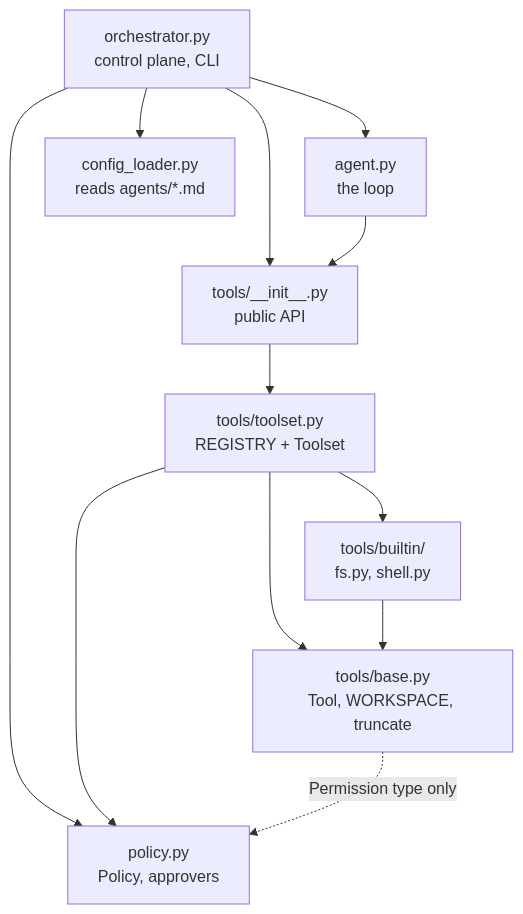
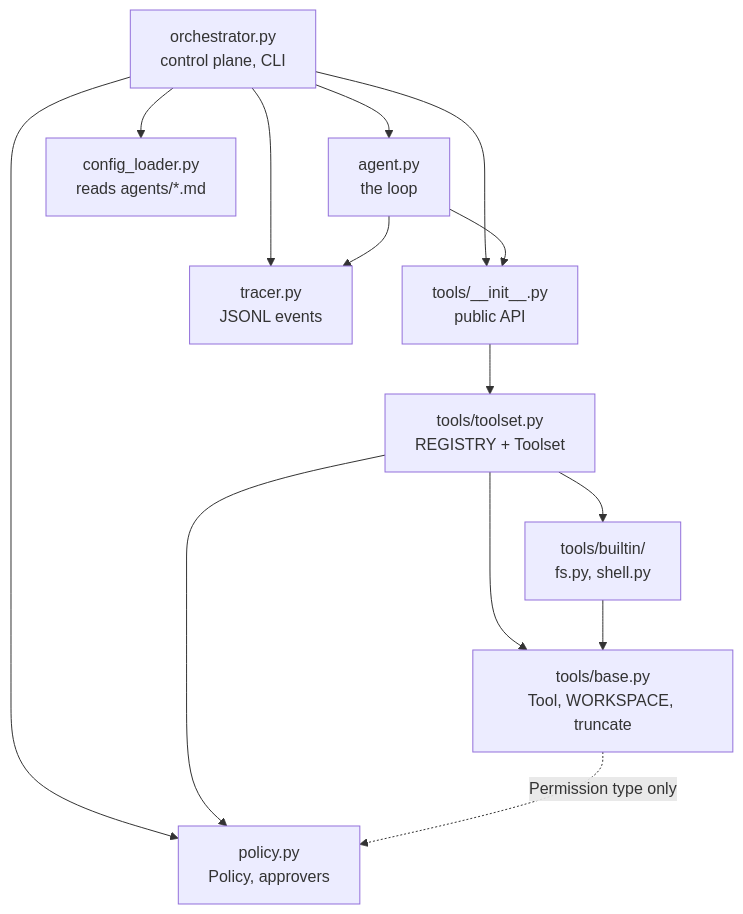
The fourth of 4 diagrams in visual_representation.md (adgnvtefc/agentic-harness), drawn with Mermaid before and after one commit. The commit also changed other lines of this file and 9 other files, not shown here.

````diff
--- a/visual_representation.md
+++ b/visual_representation.md
@@ -176,14 +215,16 @@
 ```mermaid
 flowchart TD
     orch["orchestrator.py<br/>control plane, CLI"] --> agent["agent.py<br/>the loop"]
     orch --> loader["config_loader.py<br/>reads agents/*.md"]
     orch --> policy["policy.py<br/>Policy, approvers"]
     orch --> tools_api["tools/__init__.py<br/>public API"]
+    orch --> tracer["tracer.py<br/>JSONL events"]
+    agent --> tracer
     agent --> tools_api
     tools_api --> toolset["tools/toolset.py<br/>REGISTRY + Toolset"]
     toolset --> policy
     toolset --> builtin["tools/builtin/<br/>fs.py, shell.py"]
     toolset --> base["tools/base.py<br/>Tool, WORKSPACE, truncate"]
     builtin --> base
     base -.->|"Permission type only"| policy
 ```
````
